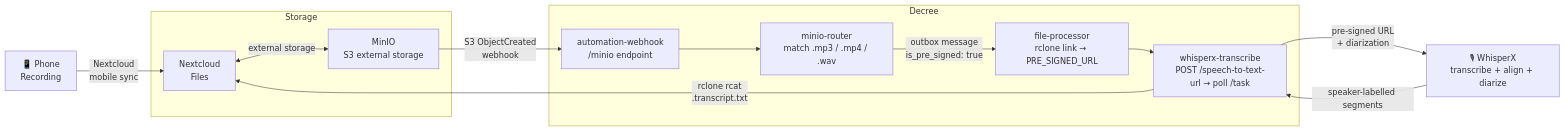
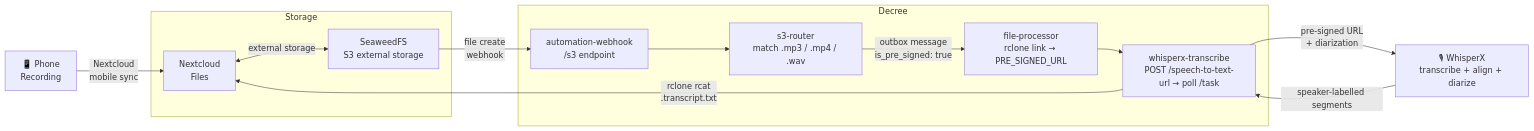
One commit to jtmckay/existential changed the diagram in site/docs/flows/recording-transcription.md. Above: the diagram before and after it, drawn with Mermaid. The commit also changed other lines of this file and 113 other files, not shown here.

````diff
--- a/site/docs/flows/recording-transcription.md
+++ b/site/docs/flows/recording-transcription.md
@@ -9,26 +9,29 @@
 ```mermaid
 flowchart LR
     phone["📱 Phone\nRecording"] -->|"Nextcloud\nmobile sync"| nc
 
     subgraph storage["Storage"]
         nc["Nextcloud\nFiles"]
-        minio["MinIO\nS3 external storage"]
-        nc <-->|"external storage"| minio
+        seaweedfs["SeaweedFS
+S3 external storage"]
+        nc <-->|"external storage"| seaweedfs
     end
 
-    minio -->|"S3 ObjectCreated\nwebhook"| webhook
+    seaweedfs -->|"file create
+webhook"| webhook
 
     subgraph decree["Decree"]
-        webhook["automation-webhook\n/minio endpoint"]
-        router["minio-router\nmatch .mp3 / .mp4 / .wav"]
+        webhook["automation-webhook
+/s3 endpoint"]
+        router["s3-router\nmatch .mp3 / .mp4 / .wav"]
         processor["file-processor\nrclone link → PRE_SIGNED_URL"]
         transcriber["whisperx-transcribe\nPOST /speech-to-text-url → poll /task"]
         webhook --> router
         router -->|"outbox message\nis_pre_signed: true"| processor
         processor --> transcriber
     end
 
     transcriber -->|"pre-signed URL\n+ diarization"| whisper["🎙 WhisperX\ntranscribe + align + diarize"]
     whisper -->|"speaker-labelled segments"| transcriber
     transcriber -->|"rclone rcat\n.transcript.txt"| nc
 ```
````
